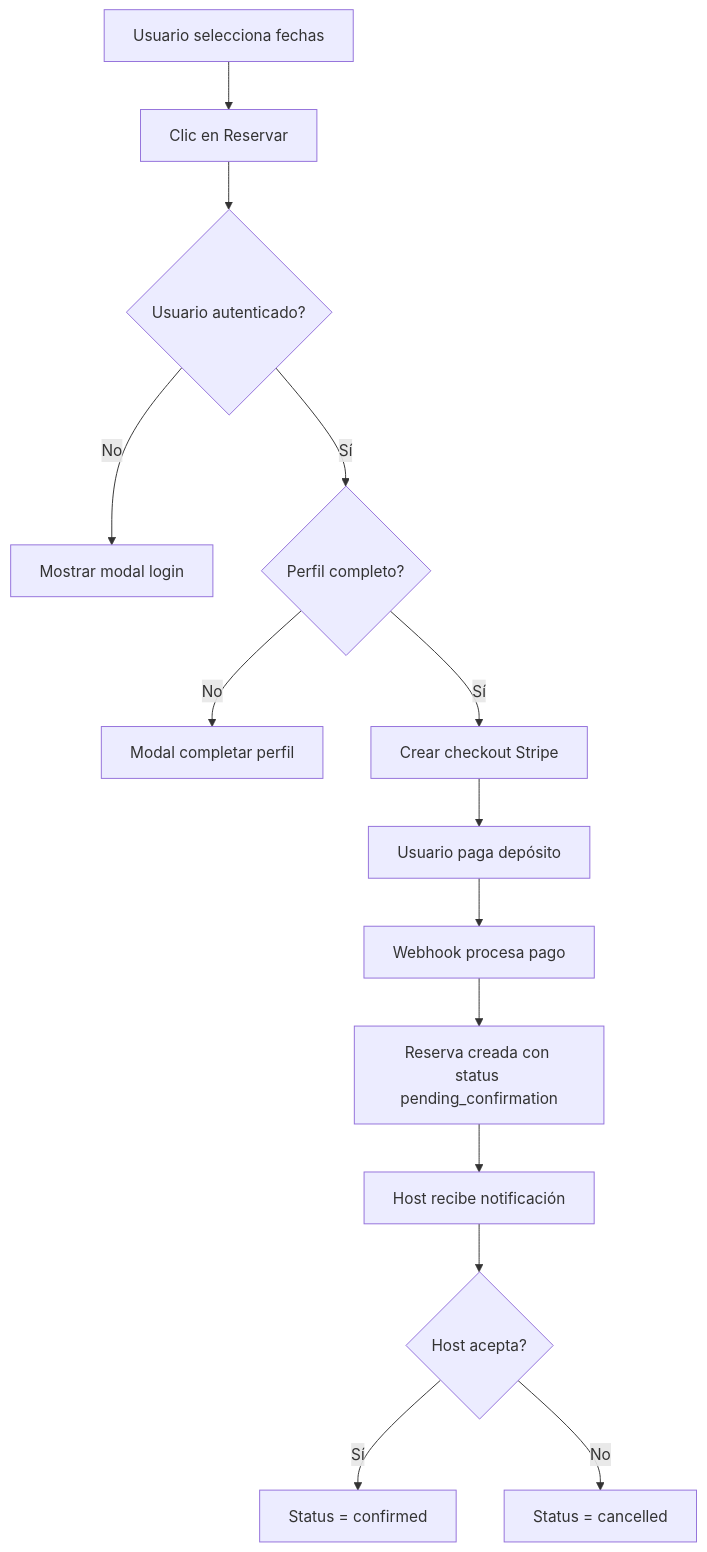
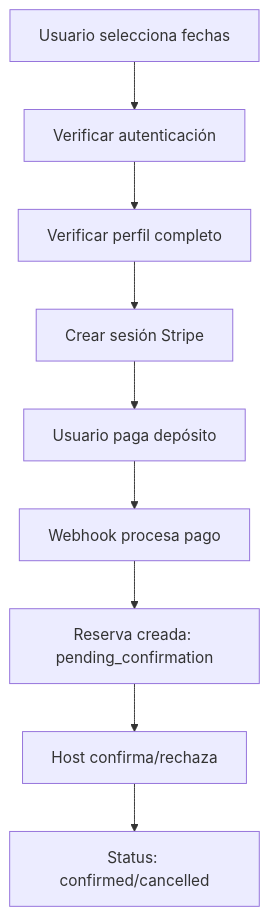
Before and after one commit to mamboking91/gomeraway: the second of 3 diagrams in DATABASE_SYSTEM_REFERENCE.md, drawn with Mermaid. The commit also changed other lines of this file and 12 other files, not shown here.

````diff
--- a/DATABASE_SYSTEM_REFERENCE.md
+++ b/DATABASE_SYSTEM_REFERENCE.md
@@ -280,16 +447,11 @@
 ```mermaid
 graph TD
-    A[Usuario selecciona fechas] --> B[Clic en Reservar]
-    B --> C{Usuario autenticado?}
-    C -->|No| D[Mostrar modal login]
-    C -->|Sí| E{Perfil completo?}
-    E -->|No| F[Modal completar perfil]
-    E -->|Sí| G[Crear checkout Stripe]
-    G --> H[Usuario paga depósito]
-    H --> I[Webhook procesa pago]
-    I --> J[Reserva creada con status pending_confirmation]
-    J --> K[Host recibe notificación]
-    K --> L{Host acepta?}
-    L -->|Sí| M[Status = confirmed]
-    L -->|No| N[Status = cancelled]
+    A[Usuario selecciona fechas] --> B[Verificar autenticación]
+    B --> C[Verificar perfil completo]
+    C --> D[Crear sesión Stripe]
+    D --> E[Usuario paga depósito]
+    E --> F[Webhook procesa pago]
+    F --> G[Reserva creada: pending_confirmation]
+    G --> H[Host confirma/rechaza]
+    H --> I[Status: confirmed/cancelled]
 ```
````
